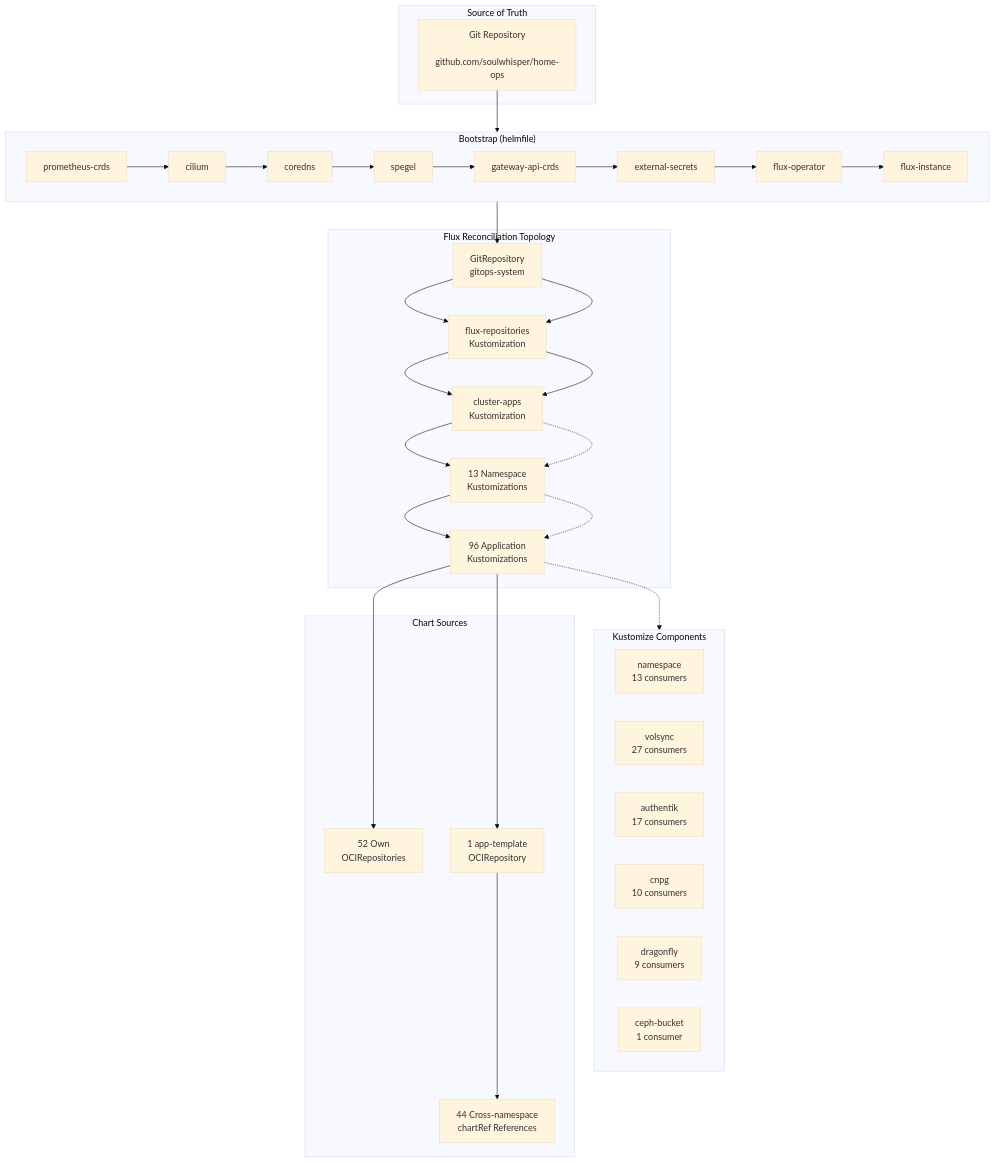
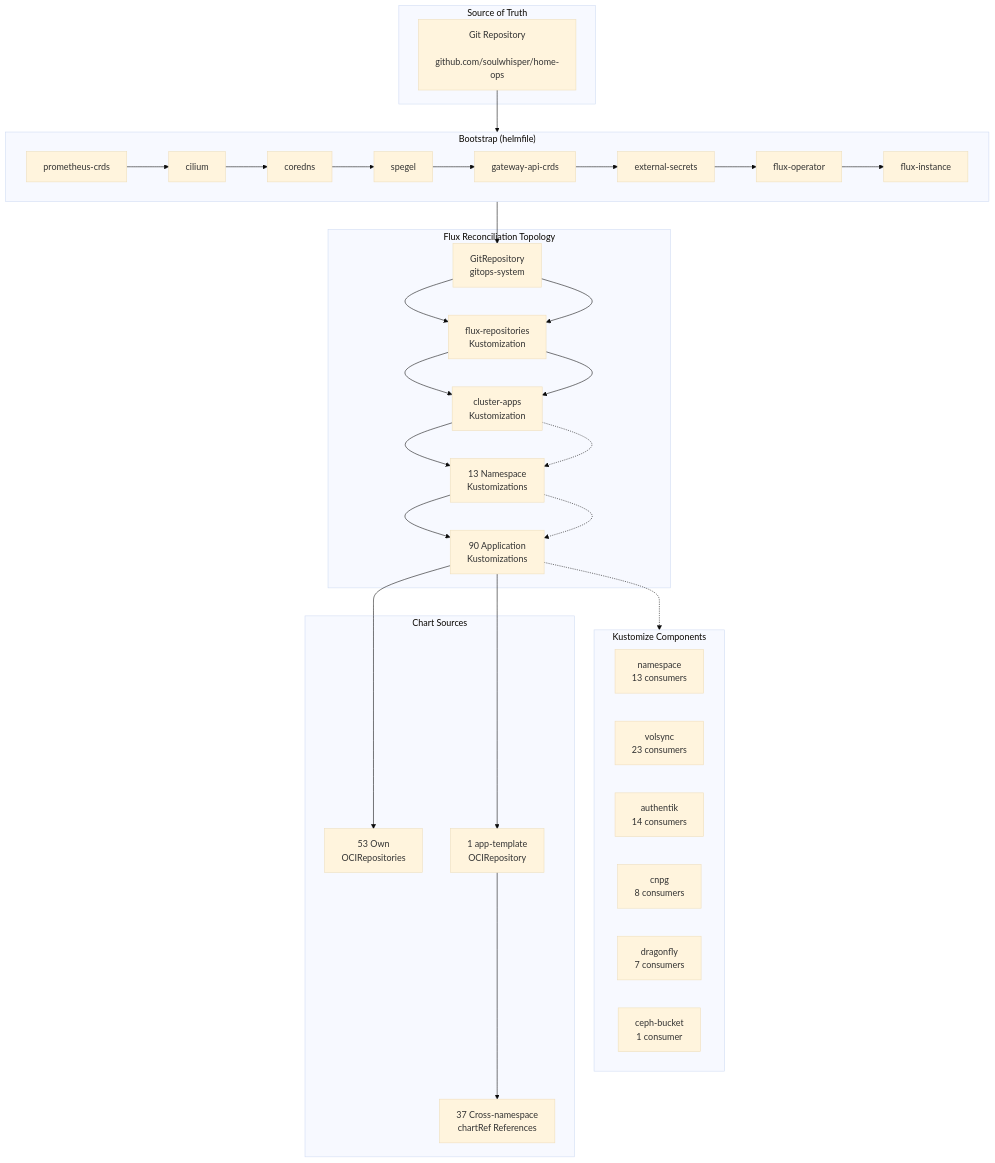
One commit to soulwhisper/homelab-ops changed the diagram in docs/infrastructure/kubernetes.md. Above: the diagram before and after it, drawn with Mermaid (base theme). The commit also changed other lines of this file and 8 other files, not shown here.

````diff
--- a/docs/infrastructure/kubernetes.md
+++ b/docs/infrastructure/kubernetes.md
@@ -12,65 +12,65 @@
 ```mermaid
 flowchart TB
     subgraph Source["Source of Truth"]
         GIT["Git Repository
         github.com/soulwhisper/home-ops"]
     end
 
     subgraph Bootstrap["Bootstrap (helmfile)"]
         direction LR
         B1["prometheus-crds"] --> B2["cilium"]
         B2 --> B3["coredns"]
         B3 --> B4["spegel"]
         B4 --> B5["gateway-api-crds"]
         B5 --> B6["external-secrets"]
         B6 --> B7["flux-operator"]
         B7 --> B8["flux-instance"]
     end
 
     subgraph FluxTopo["Flux Reconciliation Topology"]
         GR["GitRepository
         gitops-system"] --> FR["flux-repositories
         Kustomization"]
         FR --> CA["cluster-apps
         Kustomization"]
         CA --> NS["13 Namespace
         Kustomizations"]
-        NS --> APPS["96 Application
+        NS --> APPS["90 Application
         Kustomizations"]
     end
 
     subgraph Components["Kustomize Components"]
         NS_COMP["namespace
         13 consumers"]
         VOLSYNC["volsync
-        27 consumers"]
+        23 consumers"]
         AUTHENTIK["authentik
-        17 consumers"]
+        14 consumers"]
         CNPG["cnpg
-        10 consumers"]
+        8 consumers"]
         DRAGONFLY["dragonfly
-        9 consumers"]
+        7 consumers"]
         CEPH["ceph-bucket
         1 consumer"]
     end
 
     subgraph Charts["Chart Sources"]
-        OCI_OWN["52 Own
+        OCI_OWN["53 Own
         OCIRepositories"]
         OCI_TPL["1 app-template
         OCIRepository"]
-        CROSS["44 Cross-namespace
+        CROSS["37 Cross-namespace
         chartRef References"]
     end
 
     GIT --> Bootstrap
     Bootstrap --> GR
     GR --> FR
     FR --> CA
     CA -.-> NS
     NS -.-> APPS
     APPS -.-> Components
     APPS --> OCI_OWN
     APPS --> OCI_TPL
     OCI_TPL --> CROSS
 ```
````
